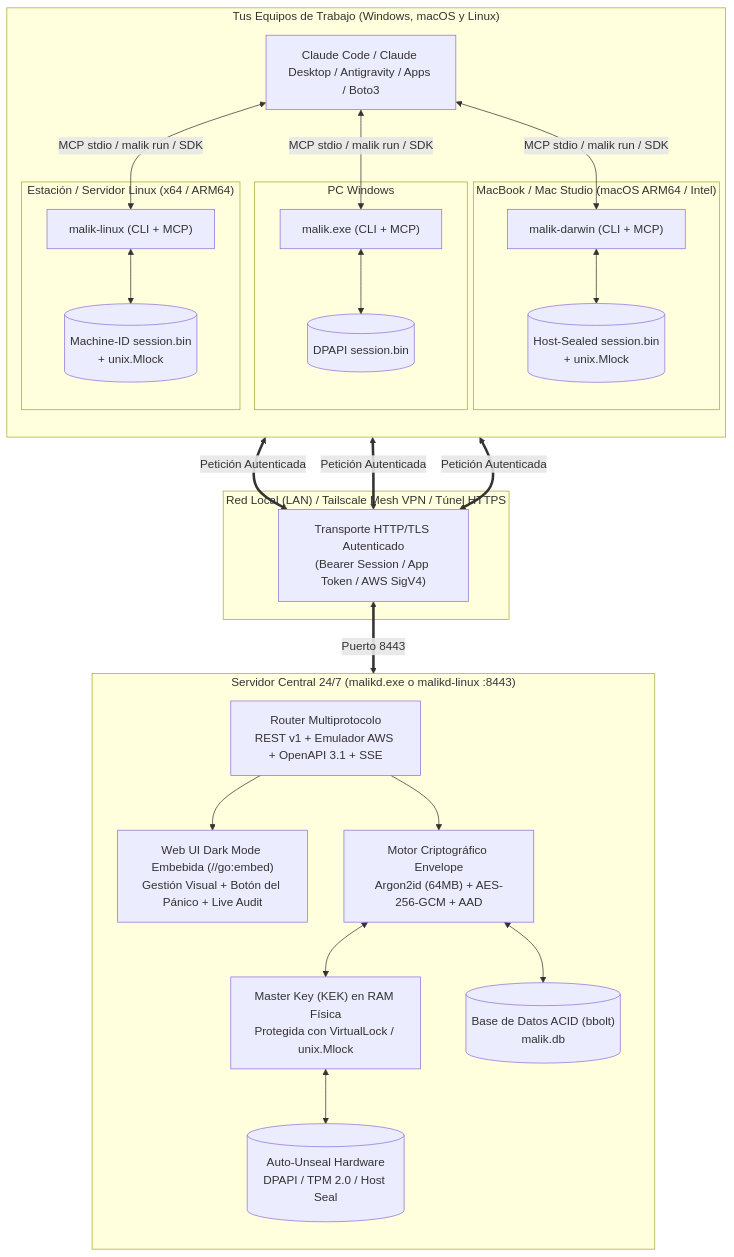
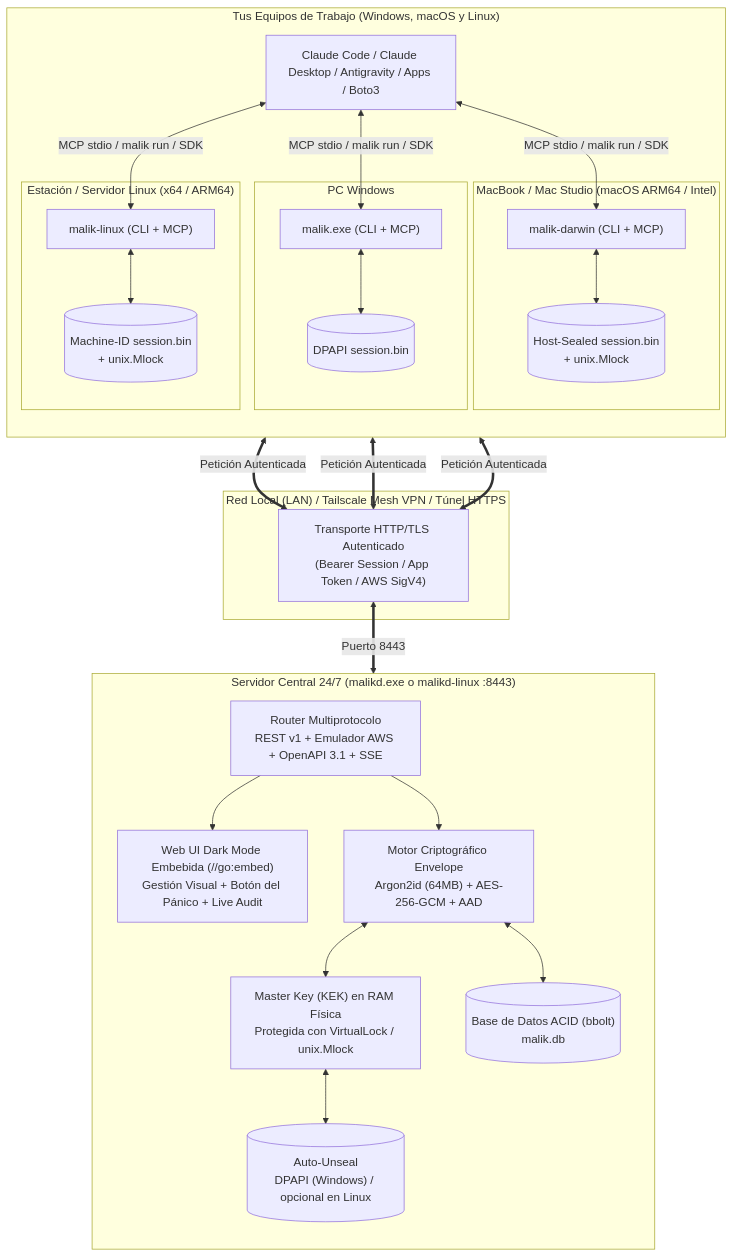
One commit to eduardoddddddd/MalikSSM changed the first of 2 diagrams in README.md. Above: the diagram before and after it, drawn with Mermaid. The commit also changed other lines of this file and 32 other files, not shown here.

````diff
--- a/README.md
+++ b/README.md
@@ -92,47 +91,47 @@
 ```mermaid
 flowchart TB
     subgraph CLIENTS["Tus Equipos de Trabajo (Windows, macOS y Linux)"]
         direction TB
         subgraph WIN_PC["PC Windows"]
             W_CLI["malik.exe (CLI + MCP)"]
             W_SESS[("DPAPI session.bin")]
             W_CLI <--> W_SESS
         end
         subgraph MAC_PC["MacBook / Mac Studio (macOS ARM64 / Intel)"]
             M_CLI["malik-darwin (CLI + MCP)"]
             M_SESS[("Host-Sealed session.bin\n+ unix.Mlock")]
             M_CLI <--> M_SESS
         end
         subgraph LIN_PC["Estación / Servidor Linux (x64 / ARM64)"]
             L_CLI["malik-linux (CLI + MCP)"]
             L_SESS[("Machine-ID session.bin\n+ unix.Mlock")]
             L_CLI <--> L_SESS
         end
 
         AGENTS["Claude Code / Claude Desktop / Antigravity / Apps / Boto3"]
         AGENTS <-->|"MCP stdio / malik run / SDK"| W_CLI & M_CLI & L_CLI
     end
 
     subgraph NET["Red Local (LAN) / Tailscale Mesh VPN / Túnel HTTPS"]
         TLS["Transporte HTTP/TLS Autenticado\n(Bearer Session / App Token / AWS SigV4)"]
     end
 
     subgraph SRV["Servidor Central 24/7 (malikd.exe o malikd-linux :8443)"]
         direction TB
         ROUTER["Router Multiprotocolo\nREST v1 + Emulador AWS + OpenAPI 3.1 + SSE"]
         UI["Web UI Dark Mode Embebida (//go:embed)\nGestión Visual + Botón del Pánico + Live Audit"]
         MEMLOCK["Master Key (KEK) en RAM Física\nProtegida con VirtualLock / unix.Mlock"]
         ENVELOPE["Motor Criptográfico Envelope\nArgon2id (64MB) + AES-256-GCM + AAD"]
-        UNSEAL[("Auto-Unseal Hardware\nDPAPI / TPM 2.0 / Host Seal")]
+        UNSEAL[("Auto-Unseal\nDPAPI (Windows) / opcional en Linux")]
         BOLT[("Base de Datos ACID (bbolt)\nmalik.db")]
 
         ROUTER --> UI
         ROUTER --> ENVELOPE
         ENVELOPE <--> MEMLOCK
         MEMLOCK <--> UNSEAL
         ENVELOPE <--> BOLT
     end
 
     W_CLI & M_CLI & L_CLI <==>|"Petición Autenticada"| TLS
     TLS <==>|"Puerto 8443"| ROUTER
 ```
````
